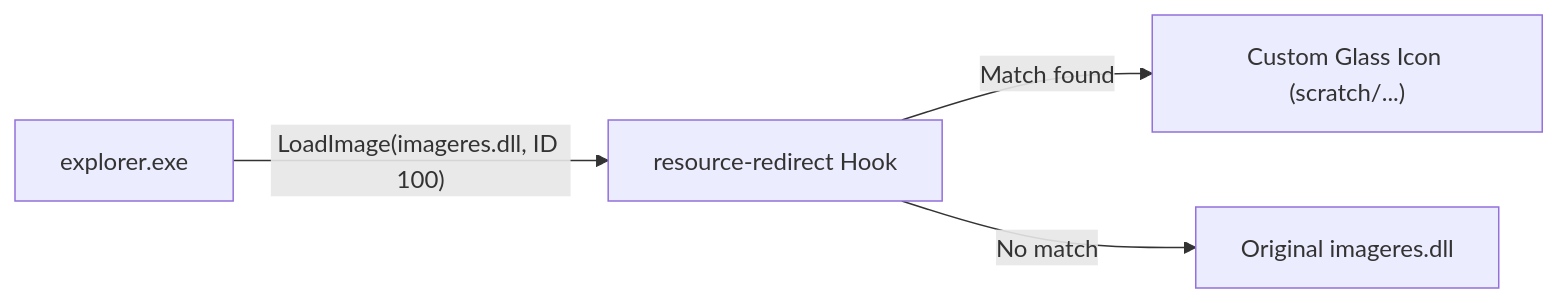
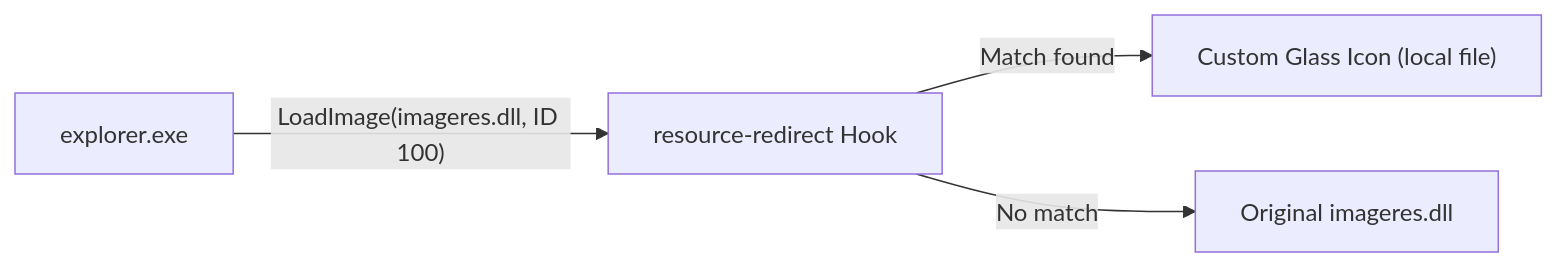
The second of 2 diagrams in docs/_docs/Companion-System.md (HELIX-Origin/Windhawk-Command-Center-Suite), drawn with Mermaid before and after one commit. The commit also changed 12 other files, not shown here.

````diff
--- a/docs/_docs/Companion-System.md
+++ b/docs/_docs/Companion-System.md
@@ -55,6 +55,6 @@
 ```mermaid
 flowchart LR
     Caller["explorer.exe"] -->|"LoadImage(imageres.dll, ID 100)"| Mod["resource-redirect Hook"]
-    Mod -->|"Match found"| LocalFile["Custom Glass Icon (scratch/...)"]
+    Mod -->|"Match found"| LocalFile["Custom Glass Icon (local file)"]
     Mod -->|"No match"| OrigDLL["Original imageres.dll"]
 ```
````
